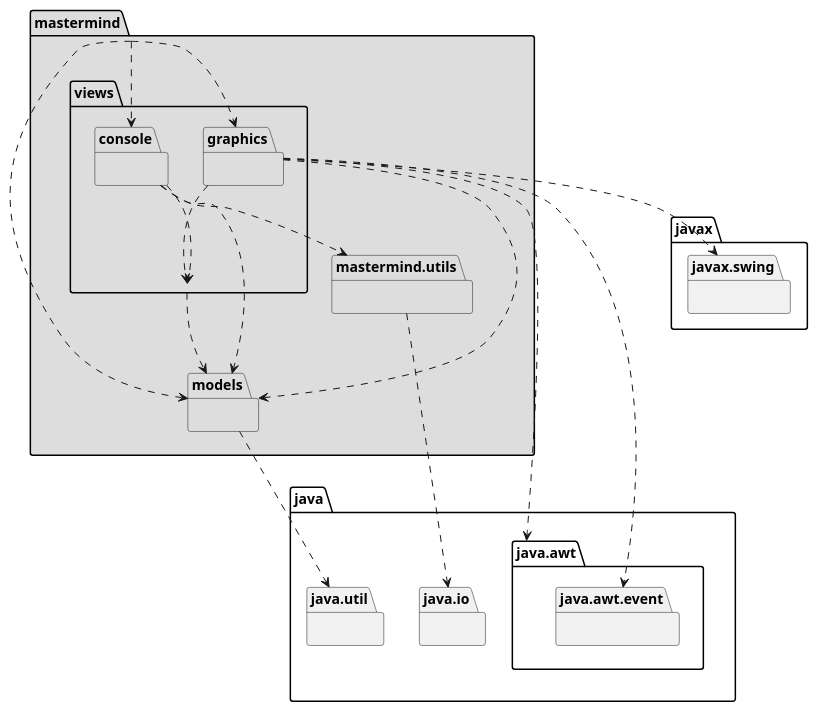
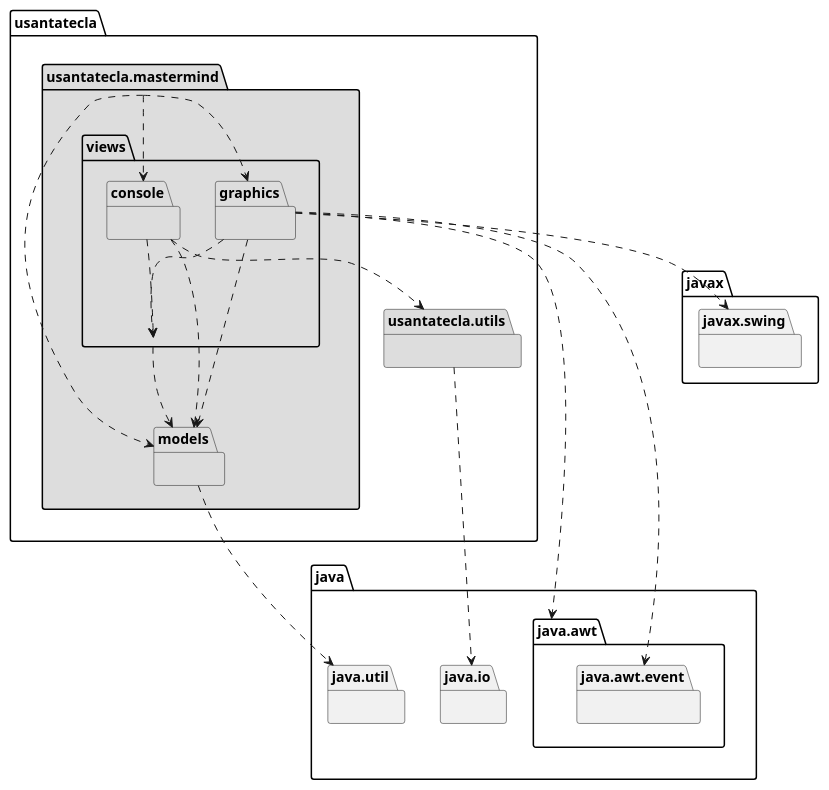
The diagram in documentView/withoutFactoryMethod/docs/diagrams/src/arquitectura.plantuml (SantaTecla-mastermind/solution.java.swing.socket.sql), drawn with PlantUML before and after one commit. The commit also changed 3 other files, not shown here.

Commit message:
Fix diagrams arquitecture package

```diff
--- a/documentView/withoutFactoryMethod/docs/diagrams/src/arquitectura.plantuml
+++ b/documentView/withoutFactoryMethod/docs/diagrams/src/arquitectura.plantuml
@@ -1,33 +1,33 @@
 @startuml arquitectura
-package mastermind #DDDDDD { }
-mastermind .down.> mastermind.views.console
-mastermind .down.> mastermind.views.graphics
-mastermind .down.> mastermind.models
+package usantatecla.mastermind #DDDDDD { }
+usantatecla.mastermind .down.> usantatecla.mastermind.views.console
+usantatecla.mastermind .down.> usantatecla.mastermind.views.graphics
+usantatecla.mastermind .down.> usantatecla.mastermind.models
 
-package mastermind.views #DDDDDD { }
-mastermind.views .down.> mastermind.models
+package usantatecla.mastermind.views #DDDDDD { }
+usantatecla.mastermind.views .down.> usantatecla.mastermind.models
 
-package mastermind.models #DDDDDD { }
+package usantatecla.mastermind.models #DDDDDD { }
 package java.util{ }
-mastermind.models .down.> java.util
+usantatecla.mastermind.models .down.> java.util
 
-package mastermind.utils #DDDDDD { }
+package usantatecla.utils #DDDDDD { }
 package java.io{ }
-mastermind.utils .down.> java.io
+usantatecla.utils .down.> java.io
 
-package mastermind.views.console #DDDDDD { }
-mastermind.views.console .down.> mastermind.models
-mastermind.views.console .down.> mastermind.utils
-mastermind.views.console .down.> mastermind.views
+package usantatecla.mastermind.views.console #DDDDDD { }
+usantatecla.mastermind.views.console .down.> usantatecla.mastermind.models
+usantatecla.mastermind.views.console .down.> usantatecla.utils
+usantatecla.mastermind.views.console .down.> usantatecla.mastermind.views
 
-package mastermind.views.graphics #DDDDDD { }
+package usantatecla.mastermind.views.graphics #DDDDDD { }
 package java.awt{ }
 package java.awt.event{ }
 package javax.swing{ }
-mastermind.views.graphics .down.> mastermind.views
-mastermind.views.graphics .down.> mastermind.models
-mastermind.views.graphics .down.> java.awt
-mastermind.views.graphics .down.> java.awt.event
-mastermind.views.graphics .down.> javax.swing
+usantatecla.mastermind.views.graphics .down.> usantatecla.mastermind.views
+usantatecla.mastermind.views.graphics .down.> usantatecla.mastermind.models
+usantatecla.mastermind.views.graphics .down.> java.awt
+usantatecla.mastermind.views.graphics .down.> java.awt.event
+usantatecla.mastermind.views.graphics .down.> javax.swing
 
 @enduml
```
